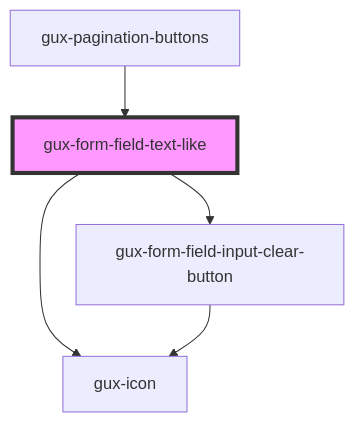
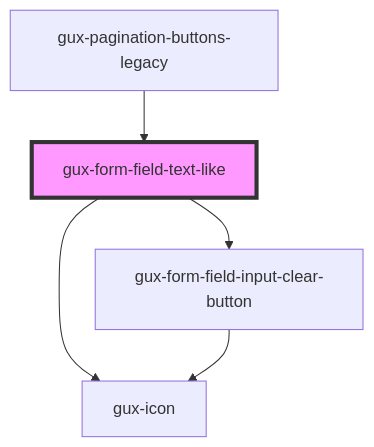
The diagram in packages/genesys-spark-components/src/components/stable/gux-form-field/components/gux-form-field-text-like/readme.md (MyPureCloud/genesys-spark), drawn with Mermaid before and after one commit. The commit also changed other lines of this file and 59 other files, not shown here.

First line of the commit message:
refactor(pagination): move from stable to legacy

````diff
--- a/packages/genesys-spark-components/src/components/stable/gux-form-field/components/gux-form-field-text-like/readme.md
+++ b/packages/genesys-spark-components/src/components/stable/gux-form-field/components/gux-form-field-text-like/readme.md
@@ -53,8 +53,8 @@
 ```mermaid
 graph TD;
   gux-form-field-text-like --> gux-form-field-input-clear-button
   gux-form-field-text-like --> gux-icon
   gux-form-field-input-clear-button --> gux-icon
-  gux-pagination-buttons --> gux-form-field-text-like
+  gux-pagination-buttons-legacy --> gux-form-field-text-like
   style gux-form-field-text-like fill:#f9f,stroke:#333,stroke-width:4px
 ```
````
